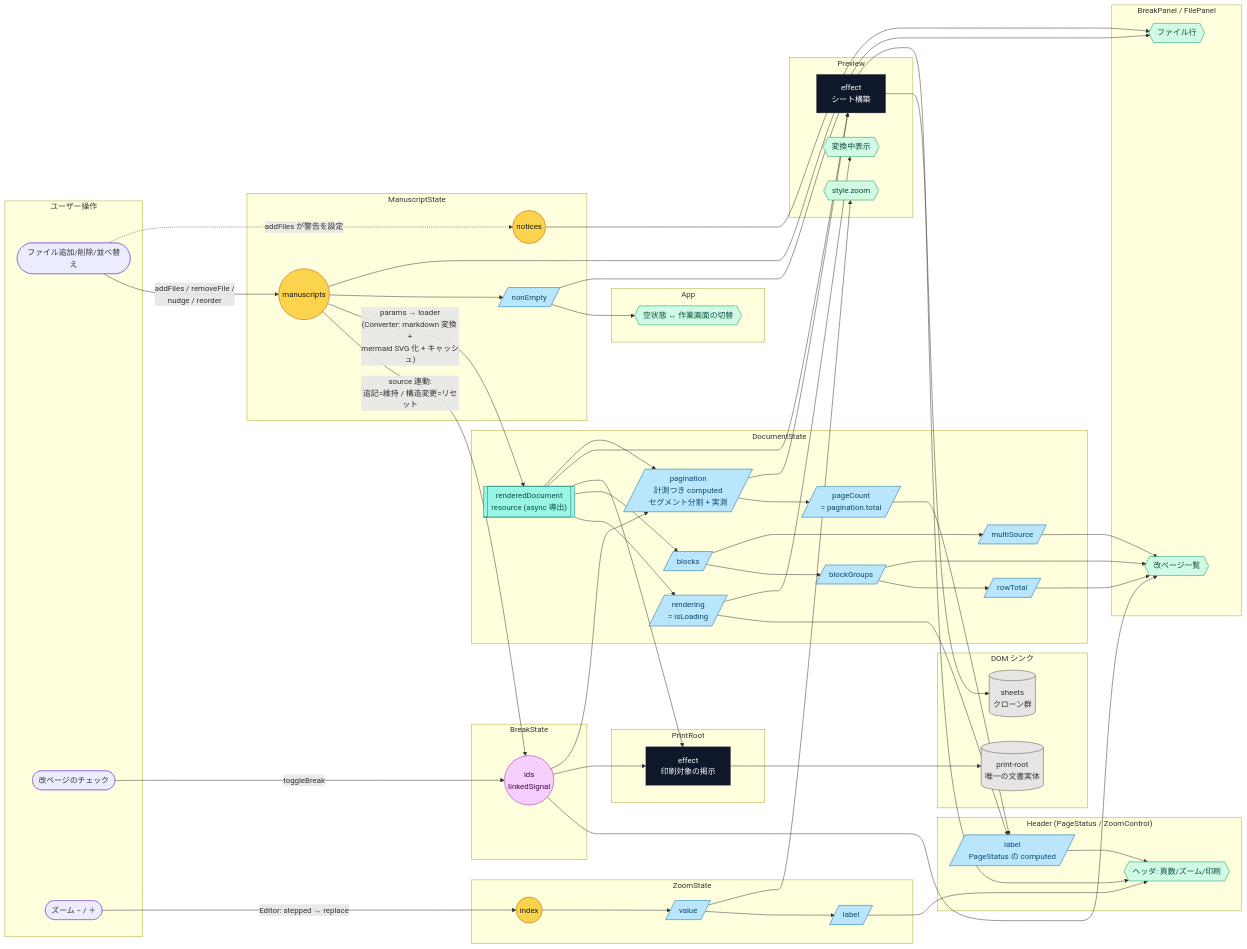
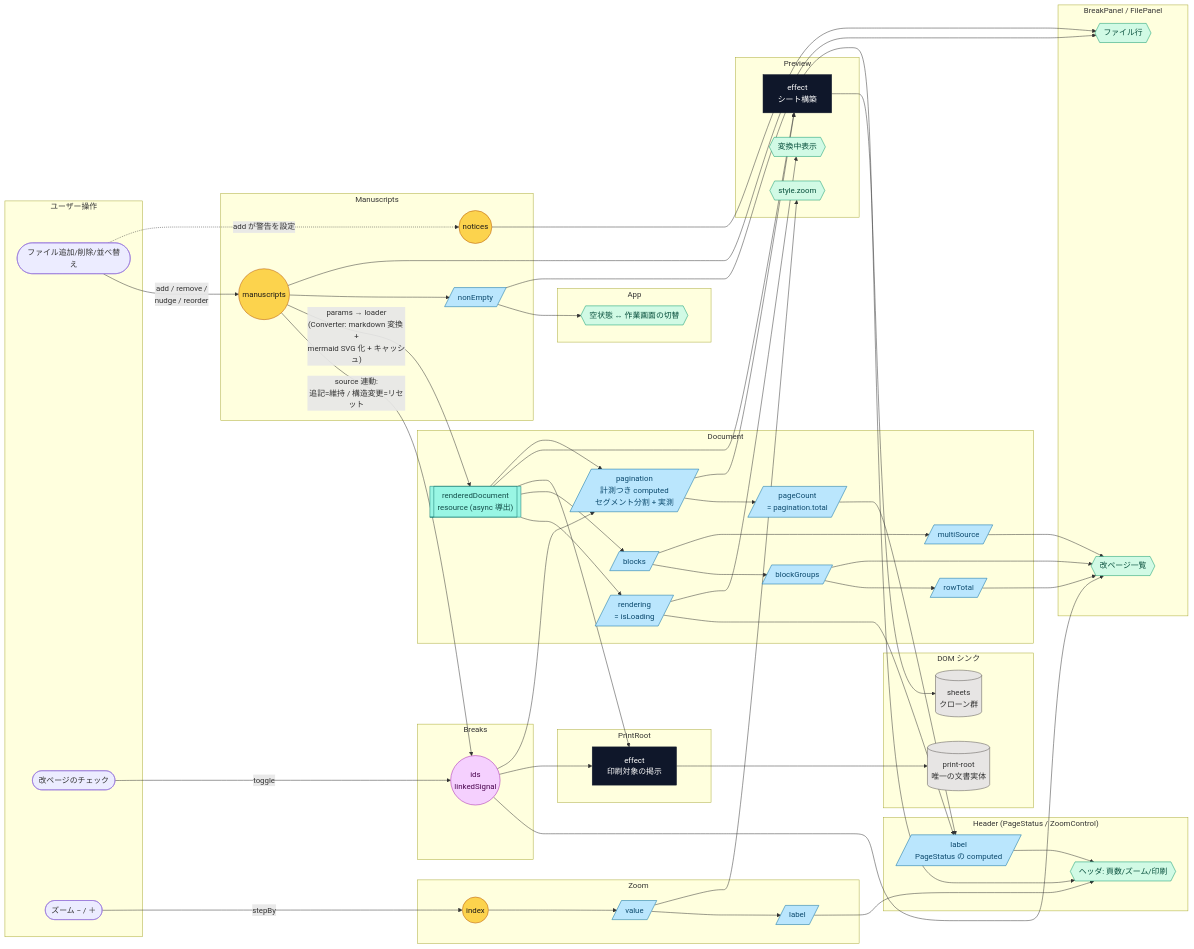
Before and after one commit to lacolaco/printmd: the diagram in docs/signal-graph.md, drawn with Mermaid. The commit also changed other lines of this file and 33 other files, not shown here.

```diff
--- a/docs/signal-graph.md
+++ b/docs/signal-graph.md
@@ -17,17 +17,17 @@
     A3([ズーム − / ＋])
   end
 
-  subgraph Manuscripts["ManuscriptState"]
+  subgraph ManuscriptsS["Manuscripts"]
     S1((manuscripts))
     S5((notices))
     C1[/nonEmpty/]
   end
 
-  subgraph Breaks["BreakState"]
+  subgraph BreaksS["Breaks"]
     S2((ids<br/>linkedSignal))
   end
 
-  subgraph Documents["DocumentState"]
+  subgraph DocumentS["Document"]
     S4[["renderedDocument<br/>resource (async 導出)"]]
     S3[/rendering<br/>= isLoading/]
     C2[/blocks/]
@@ -38,7 +38,7 @@
     V2[/pageCount<br/>= pagination.total/]
   end
 
-  subgraph ZoomS["ZoomState"]
+  subgraph ZoomS["Zoom"]
     V1((index))
     VC1[/value/]
     VC2[/label/]
@@ -73,14 +73,14 @@
     D2[(sheets<br/>クローン群)]
   end
 
-  A1 -- "addFiles / removeFile /<br/>nudge / reorder" --> S1
+  A1 -- "add / remove /<br/>nudge / reorder" --> S1
   S1 -- "source 連動:<br/>追記=維持 / 構造変更=リセット" --> S2
-  A2 -- toggleBreak --> S2
-  A3 -- "Editor: stepped → replace" --> V1
+  A2 -- toggle --> S2
+  A3 -- stepBy --> V1
 
   S1 -- "params → loader<br/>(Converter: markdown 変換 +<br/>mermaid SVG 化 + キャッシュ)" --> S4
   S4 --> S3
-  A1 -. "addFiles が警告を設定" .-> S5
+  A1 -. "add が警告を設定" .-> S5
 
   S1 --> C1
   S4 --> C2
```
